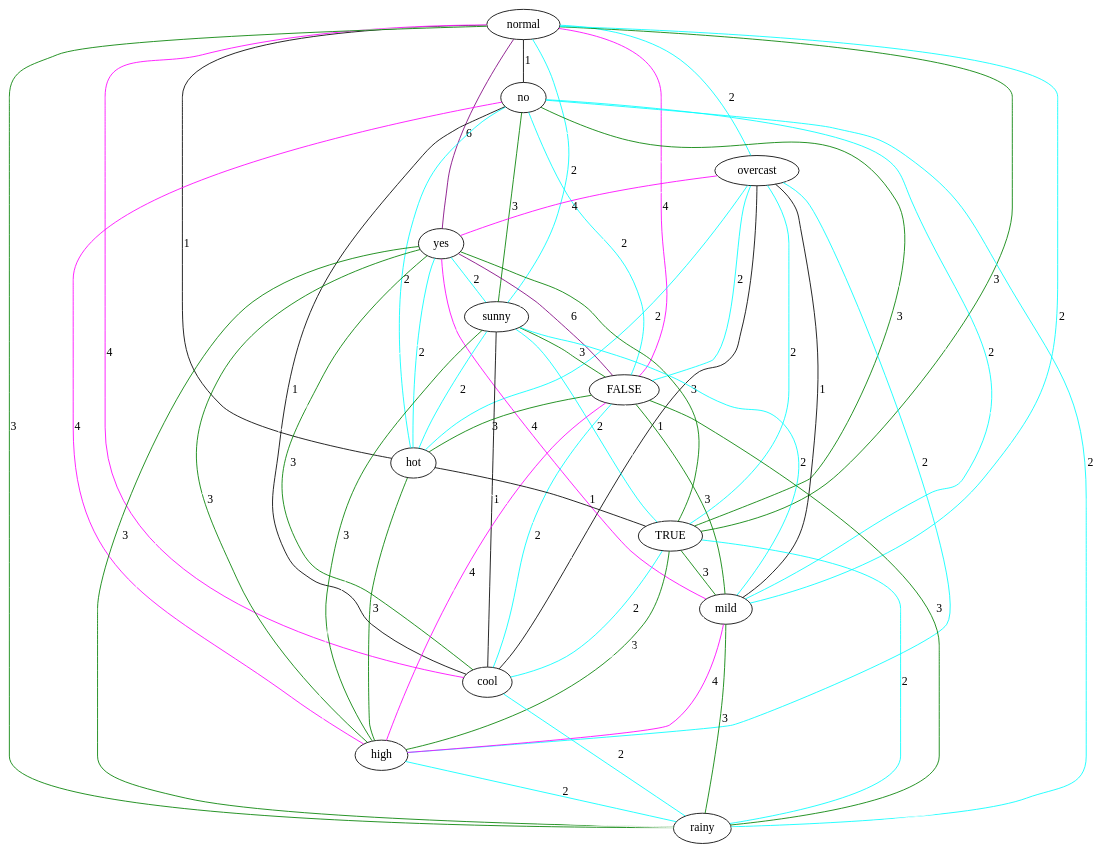
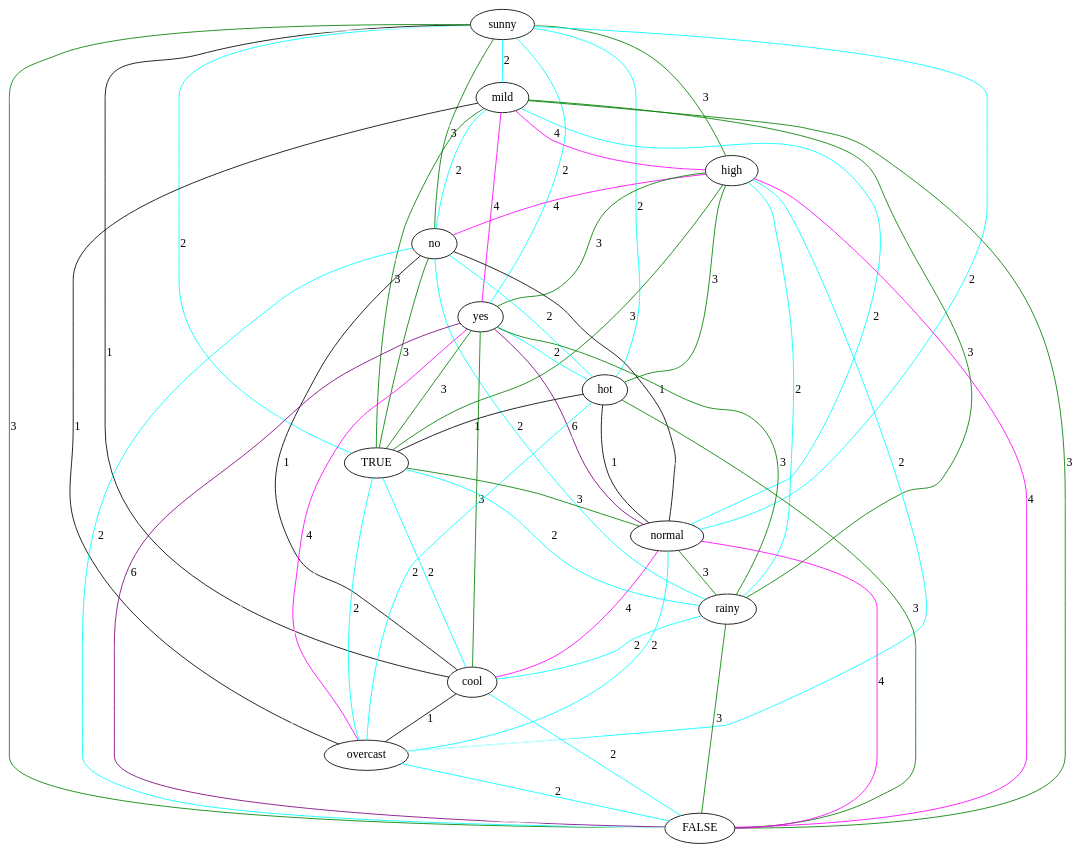
One commit to lrodrin/TFG changed the diagram in src/SQL/gaifman.dot. Above: the diagram before and after it, drawn with Graphviz. The commit also changed 19 other files, not shown here.

Commit message:
graph options

```diff
--- a/src/SQL/gaifman.dot
+++ b/src/SQL/gaifman.dot
@@ -1,80 +1,80 @@
 strict graph "" {
-normal;
+sunny;
+mild;
+high;
 no;
-overcast;
 yes;
-sunny;
-FALSE;
 hot;
 TRUE;
-mild;
+normal;
+rainy;
 cool;
-high;
-rainy;
-normal -- no  [color=black, label=1];
-normal -- hot  [color=black, label=1];
-normal -- rainy  [color=green, label=3];
-normal -- overcast  [color=cyan, label=2];
-normal -- mild  [color=cyan, label=2];
-normal -- TRUE  [color=green, label=3];
-normal -- cool  [color=magenta, label=4];
-normal -- yes  [color=purple, label=6];
-normal -- high  [color=white];
-normal -- sunny  [color=cyan, label=2];
-normal -- FALSE  [color=magenta, label=4];
-no -- hot  [color=cyan, label=2];
-no -- rainy  [color=cyan, label=2];
-no -- overcast  [color=white];
-no -- mild  [color=cyan, label=2];
-no -- TRUE  [color=green, label=3];
-no -- cool  [color=black, label=1];
-no -- yes  [color=white];
-no -- high  [color=magenta, label=4];
-no -- sunny  [color=green, label=3];
-no -- FALSE  [color=cyan, label=2];
-overcast -- sunny  [color=white];
-overcast -- hot  [color=cyan, label=2];
-overcast -- rainy  [color=white];
-overcast -- cool  [color=black, label=1];
-overcast -- mild  [color=black, label=1];
-overcast -- yes  [color=magenta, label=4];
-overcast -- high  [color=cyan, label=2];
-overcast -- TRUE  [color=cyan, label=2];
-overcast -- FALSE  [color=cyan, label=2];
-yes -- rainy  [color=green, label=3];
-yes -- mild  [color=magenta, label=4];
-yes -- TRUE  [color=green, label=3];
-yes -- cool  [color=green, label=3];
-yes -- hot  [color=cyan, label=2];
-yes -- high  [color=green, label=3];
-yes -- sunny  [color=cyan, label=2];
-yes -- FALSE  [color=purple, label=6];
+overcast;
+FALSE;
 sunny -- hot  [color=cyan, label=2];
+sunny -- FALSE  [color=green, label=3];
+sunny -- TRUE  [color=cyan, label=2];
+sunny -- normal  [color=cyan, label=2];
 sunny -- rainy  [color=white];
 sunny -- cool  [color=black, label=1];
 sunny -- mild  [color=cyan, label=2];
+sunny -- overcast  [color=white];
 sunny -- high  [color=green, label=3];
-sunny -- TRUE  [color=cyan, label=2];
-sunny -- FALSE  [color=green, label=3];
-FALSE -- rainy  [color=green, label=3];
-FALSE -- hot  [color=green, label=3];
-FALSE -- TRUE  [color=white];
-FALSE -- cool  [color=cyan, label=2];
-FALSE -- mild  [color=green, label=3];
-FALSE -- high  [color=magenta, label=4];
+sunny -- no  [color=green, label=3];
+sunny -- yes  [color=cyan, label=2];
+mild -- hot  [color=white];
+mild -- FALSE  [color=green, label=3];
+mild -- TRUE  [color=green, label=3];
+mild -- normal  [color=cyan, label=2];
+mild -- cool  [color=white];
+mild -- rainy  [color=green, label=3];
+mild -- overcast  [color=black, label=1];
+mild -- high  [color=magenta, label=4];
+mild -- no  [color=cyan, label=2];
+mild -- yes  [color=magenta, label=4];
+high -- hot  [color=green, label=3];
+high -- FALSE  [color=magenta, label=4];
+high -- TRUE  [color=green, label=3];
+high -- normal  [color=white];
+high -- rainy  [color=cyan, label=2];
+high -- cool  [color=white];
+high -- overcast  [color=cyan, label=2];
+high -- no  [color=magenta, label=4];
+high -- yes  [color=green, label=3];
+no -- hot  [color=cyan, label=2];
+no -- FALSE  [color=cyan, label=2];
+no -- TRUE  [color=green, label=3];
+no -- normal  [color=black, label=1];
+no -- cool  [color=black, label=1];
+no -- rainy  [color=cyan, label=2];
+no -- overcast  [color=white];
+no -- yes  [color=white];
+yes -- hot  [color=cyan, label=2];
+yes -- TRUE  [color=green, label=3];
+yes -- normal  [color=purple, label=6];
+yes -- cool  [color=green, label=3];
+yes -- rainy  [color=green, label=3];
+yes -- overcast  [color=magenta, label=4];
+yes -- FALSE  [color=purple, label=6];
+hot -- FALSE  [color=green, label=3];
+hot -- TRUE  [color=black, label=1];
+hot -- normal  [color=black, label=1];
+hot -- cool  [color=white];
 hot -- rainy  [color=white];
-hot -- mild  [color=white];
-hot -- TRUE  [color=black, label=1];
-hot -- cool  [color=white];
-hot -- high  [color=green, label=3];
+hot -- overcast  [color=cyan, label=2];
+TRUE -- FALSE  [color=white];
+TRUE -- normal  [color=green, label=3];
+TRUE -- cool  [color=cyan, label=2];
 TRUE -- rainy  [color=cyan, label=2];
-TRUE -- cool  [color=cyan, label=2];
-TRUE -- mild  [color=green, label=3];
-TRUE -- high  [color=green, label=3];
-mild -- rainy  [color=green, label=3];
-mild -- cool  [color=white];
-mild -- high  [color=magenta, label=4];
-cool -- rainy  [color=cyan, label=2];
-cool -- high  [color=white];
-high -- rainy  [color=cyan, label=2];
+TRUE -- overcast  [color=cyan, label=2];
+normal -- FALSE  [color=magenta, label=4];
+normal -- cool  [color=magenta, label=4];
+normal -- rainy  [color=green, label=3];
+normal -- overcast  [color=cyan, label=2];
+rainy -- FALSE  [color=green, label=3];
+rainy -- cool  [color=cyan, label=2];
+rainy -- overcast  [color=white];
+cool -- FALSE  [color=cyan, label=2];
+cool -- overcast  [color=black, label=1];
+overcast -- FALSE  [color=cyan, label=2];
 }
```
